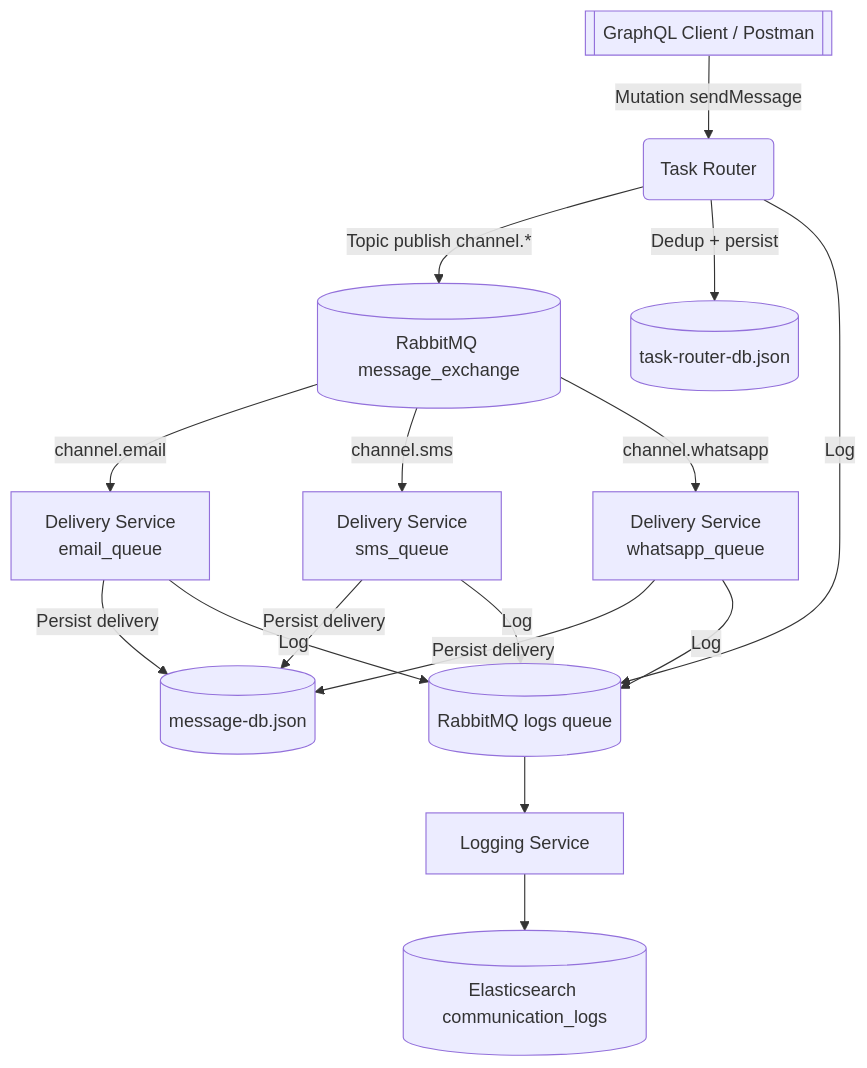
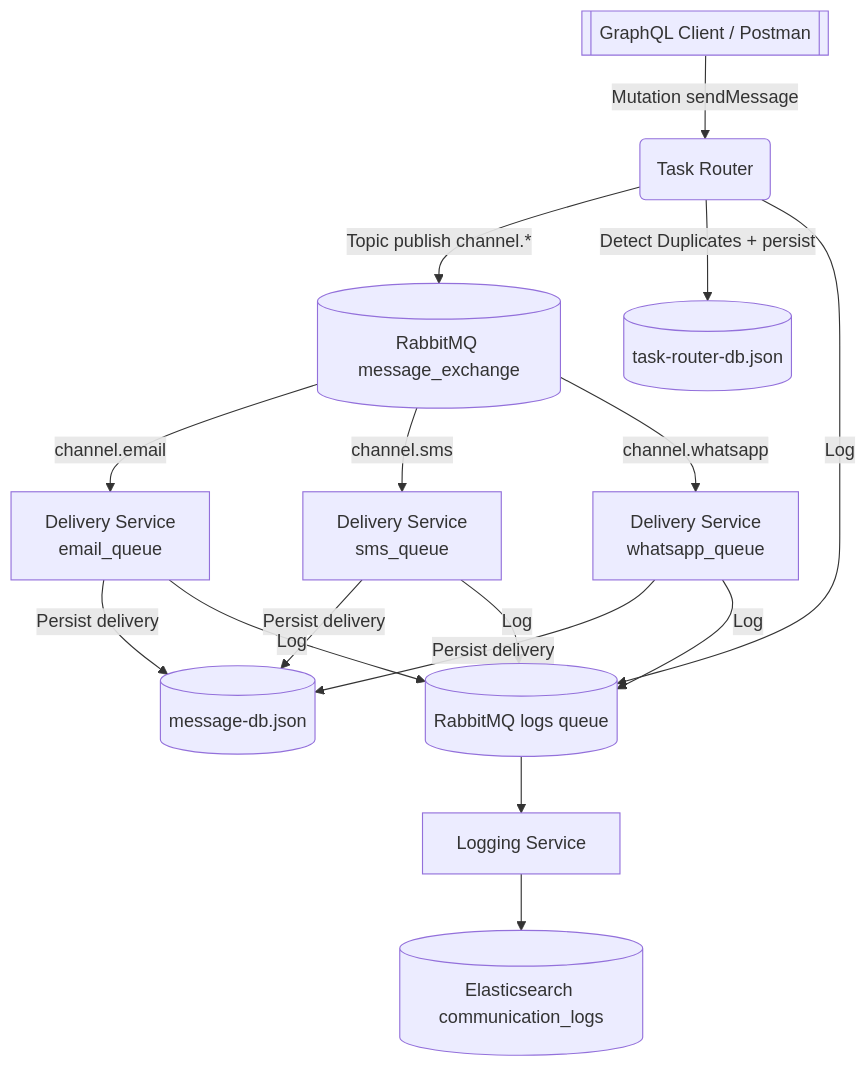
Before and after one commit to TusharKaundal/communication_aggregator_system: the diagram in README.md, drawn with Mermaid.

Commit message:
Update README to clarify TR functionality

````diff
--- a/README.md
+++ b/README.md
@@ -17,18 +17,18 @@
 ```mermaid
 graph TD
   Client[[GraphQL Client / Postman]] -->|Mutation sendMessage| TR(Task Router)
   TR -->|Topic publish channel.*| EX[(RabbitMQ message_exchange)]
   EX -->|channel.email| DS_Email[Delivery Service<br>email_queue]
   EX -->|channel.sms| DS_SMS[Delivery Service<br>sms_queue]
   EX -->|channel.whatsapp| DS_WA[Delivery Service<br>whatsapp_queue]
   DS_Email -->|Persist delivery| MSGDB[(message-db.json)]
   DS_SMS -->|Persist delivery| MSGDB
   DS_WA -->|Persist delivery| MSGDB
-  TR -->|Dedup + persist| ROUTERDB[(task-router-db.json)]
+  TR -->|Detect Duplicates + persist| ROUTERDB[(task-router-db.json)]
   TR -->|Log| LOGS[(RabbitMQ logs queue)]
   DS_Email -->|Log| LOGS
   DS_SMS -->|Log| LOGS
   DS_WA -->|Log| LOGS
   LOGS --> LS[Logging Service]
   LS --> ES[(Elasticsearch communication_logs)]
 ```
````
